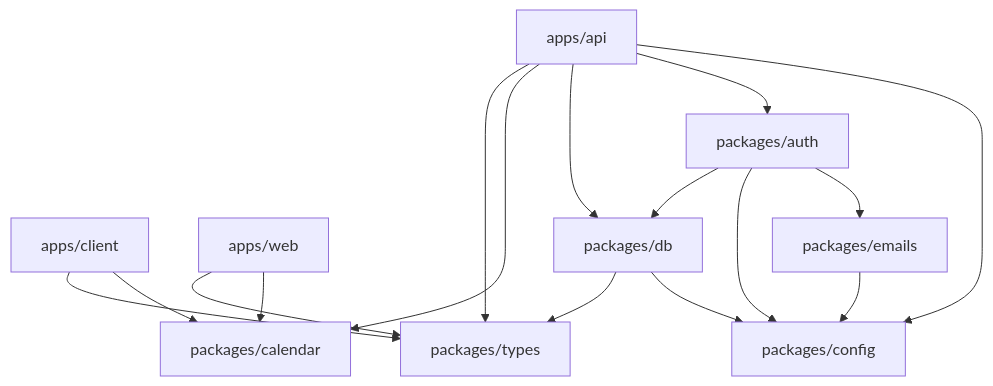
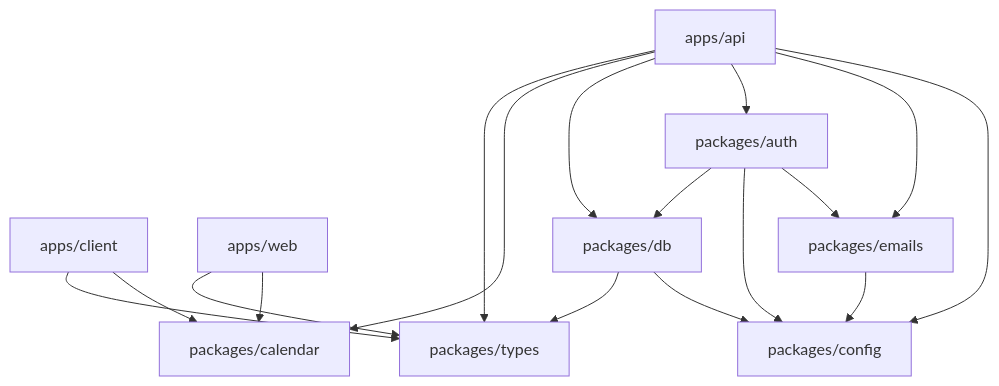
One commit to frgtn-dot-dev/musubi changed the diagram in packages/docs/src/content/docs/architecture/packages.mdx. Above: the diagram before and after it, drawn with Mermaid. The commit also changed other lines of this file and 7 other files, not shown here.

````diff
--- a/packages/docs/src/content/docs/architecture/packages.mdx
+++ b/packages/docs/src/content/docs/architecture/packages.mdx
@@ -120,28 +120,29 @@
 ```mermaid
 flowchart TD
     client[apps/client]
     web[apps/web]
     api[apps/api]
     auth[packages/auth]
     db[packages/db]
     calendar[packages/calendar]
     types[packages/types]
     config[packages/config]
     emails[packages/emails]
 
     client --> types
     client --> calendar
     web --> types
     web --> calendar
     api --> types
     api --> calendar
     api --> db
     api --> auth
+    api --> emails
     auth --> db
     db --> types
     api --> config
     db --> config
     auth --> config
     auth --> emails
     emails --> config
 ```
````
